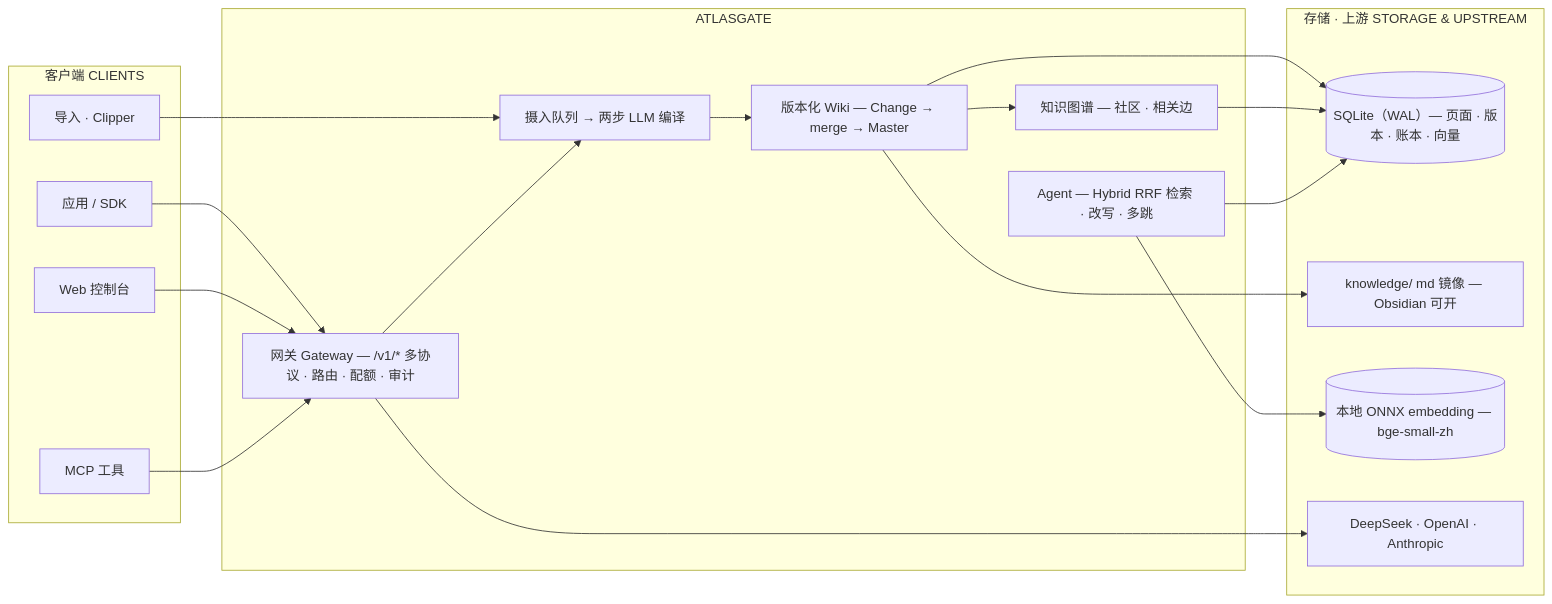
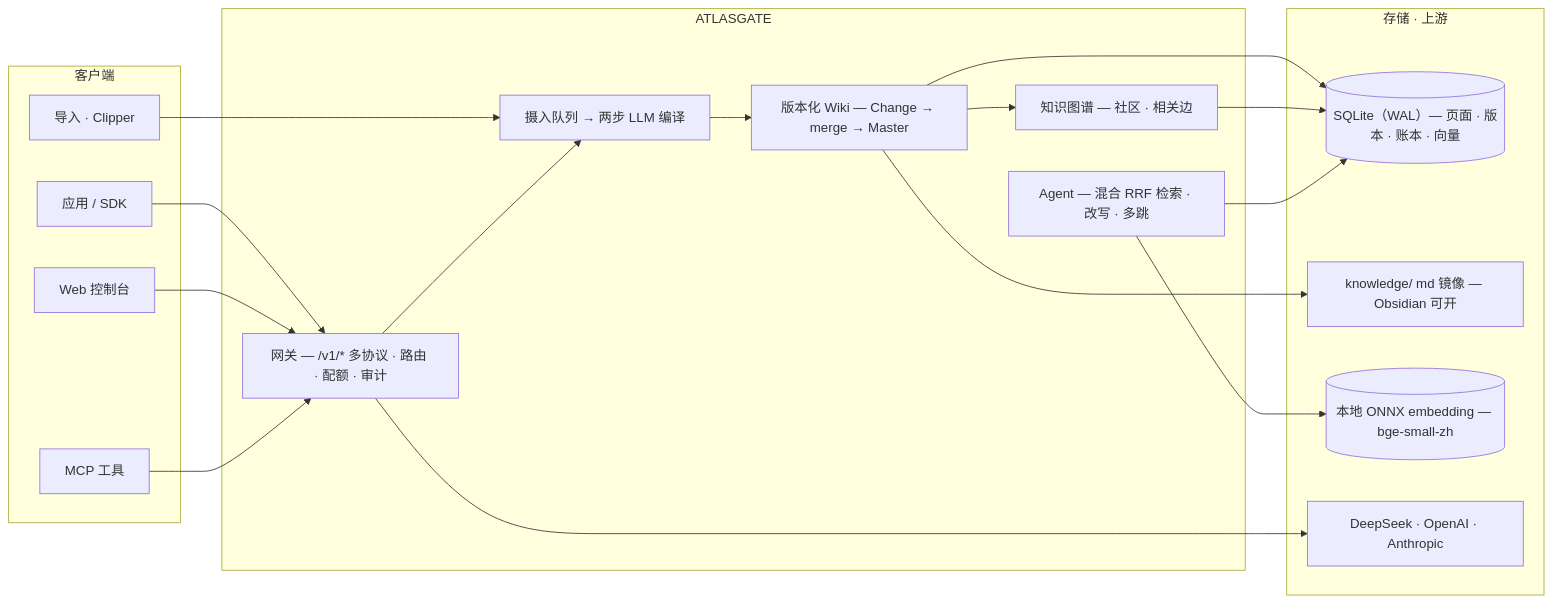
One commit to betterkite/AtlasGate changed the diagram in README.md. Above: the diagram before and after it, drawn with Mermaid. The commit also changed other lines of this file and 2 other files, not shown here.

````diff
--- a/README.md
+++ b/README.md
@@ -34,35 +30,35 @@
 ```mermaid
 flowchart LR
-  subgraph Clients["客户端 CLIENTS"]
+  subgraph Clients["客户端"]
     APP["应用 / SDK"]
     WEB["Web 控制台"]
     MCP["MCP 工具"]
     IMP["导入 · Clipper"]
   end
   subgraph Core["ATLASGATE"]
-    GW["网关 Gateway — /v1/* 多协议 · 路由 · 配额 · 审计"]
+    GW["网关 — /v1/* 多协议 · 路由 · 配额 · 审计"]
     ING["摄入队列 → 两步 LLM 编译"]
     WIKI["版本化 Wiki — Change → merge → Master"]
     GRAPH["知识图谱 — 社区 · 相关边"]
-    AGENT["Agent — Hybrid RRF 检索 · 改写 · 多跳"]
+    AGENT["Agent — 混合 RRF 检索 · 改写 · 多跳"]
   end
-  subgraph Store["存储 · 上游 STORAGE & UPSTREAM"]
+  subgraph Store["存储 · 上游"]
     DB[("SQLite（WAL）— 页面 · 版本 · 账本 · 向量")]
     MIRROR["knowledge/ md 镜像 — Obsidian 可开"]
     EMB[("本地 ONNX embedding — bge-small-zh")]
     UP["DeepSeek · OpenAI · Anthropic"]
   end
   APP --> GW
   WEB --> GW
   MCP --> GW
   IMP --> ING
   GW --> ING
   ING --> WIKI
   WIKI --> GRAPH
   WIKI --> DB
   GRAPH --> DB
   AGENT --> DB
   AGENT --> EMB
   WIKI --> MIRROR
   GW --> UP
 ```
````
